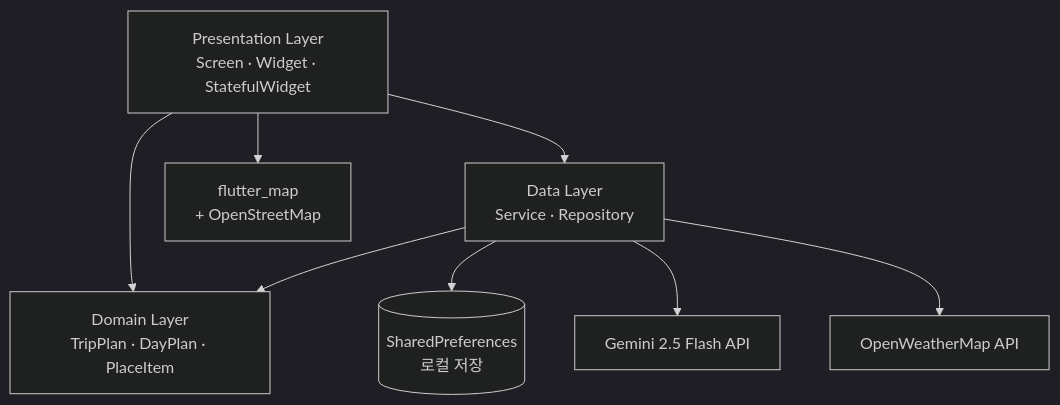
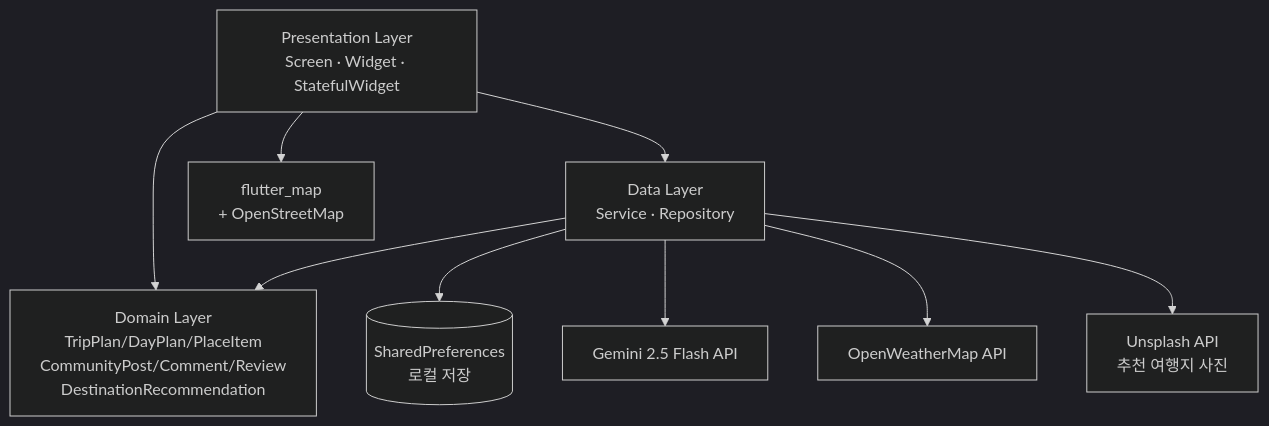
The first of 2 diagrams in docs/architecture.md (dasol2024136073/Claude_application), drawn with Mermaid (dark theme) before and after one commit. The commit also changed other lines of this file, not shown here.

First line of the commit message:
docs: architecture.md를 현재 코드 구조에 맞게 전면 업데이트

````diff
--- a/docs/architecture.md
+++ b/docs/architecture.md
@@ -14,11 +17,12 @@
 ```mermaid
 graph TD
-    A[Presentation Layer<br/>Screen · Widget · StatefulWidget] --> C[Domain Layer<br/>TripPlan · DayPlan · PlaceItem]
+    A[Presentation Layer<br/>Screen · Widget · StatefulWidget] --> C[Domain Layer<br/>TripPlan/DayPlan/PlaceItem<br/>CommunityPost/Comment/Review<br/>DestinationRecommendation]
     A --> D[Data Layer<br/>Service · Repository]
     D --> C
 
     D --> E[(SharedPreferences<br/>로컬 저장)]
     D --> F[Gemini 2.5 Flash API]
     D --> G[OpenWeatherMap API]
+    D --> U[Unsplash API<br/>추천 여행지 사진]
     A --> H[flutter_map<br/>+ OpenStreetMap]
 ```
````
